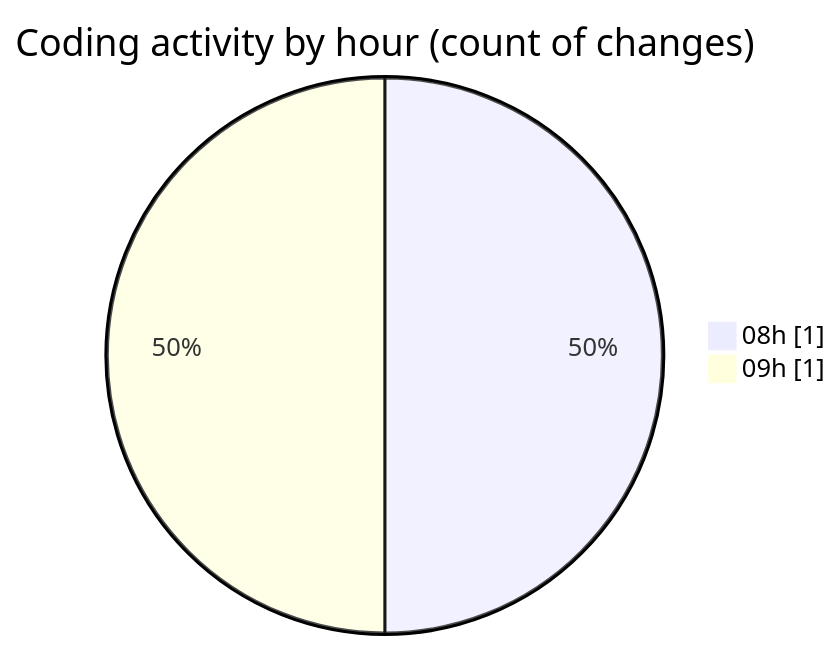
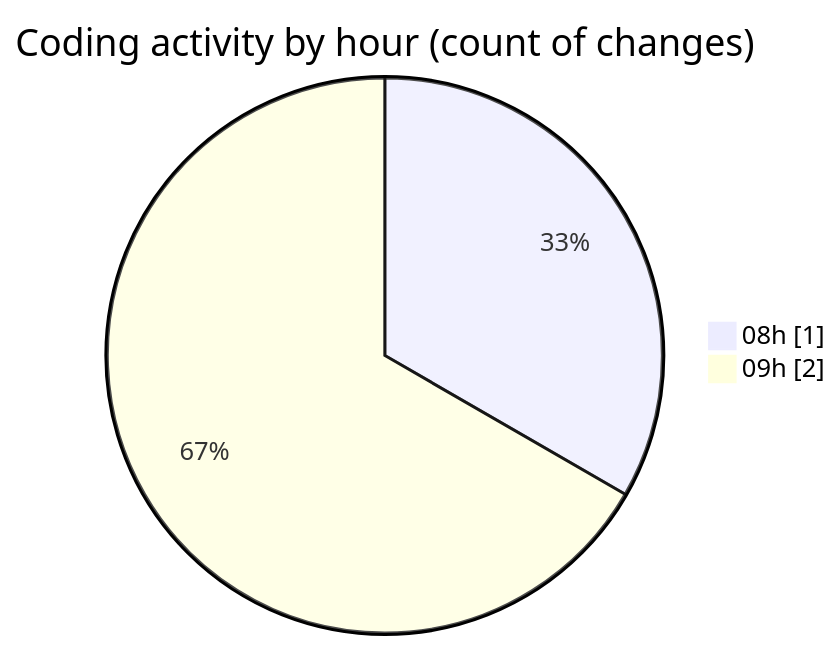
One commit to momahboobian/code-tracking changed the second of 2 diagrams in 2026-04-14/cda/README.md. Above: the diagram before and after it, drawn with Mermaid. The commit also changed other lines of this file and 1 other file, not shown here.

````diff
--- a/2026-04-14/cda/README.md
+++ b/2026-04-14/cda/README.md
@@ -30,6 +31,6 @@
 ```mermaid
 pie showData
 title Coding activity by hour (count of changes)
 "08h" : 1
-"09h" : 1
+"09h" : 2
 ```
````
